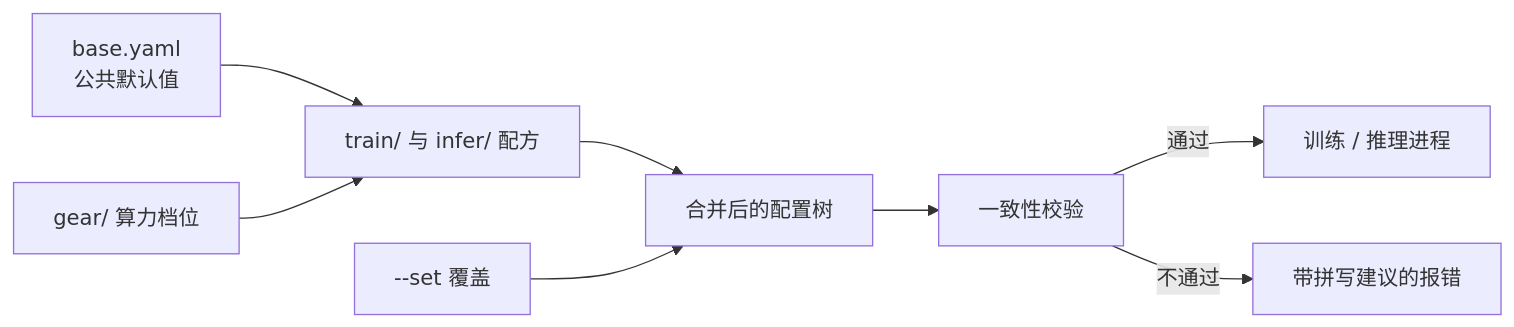
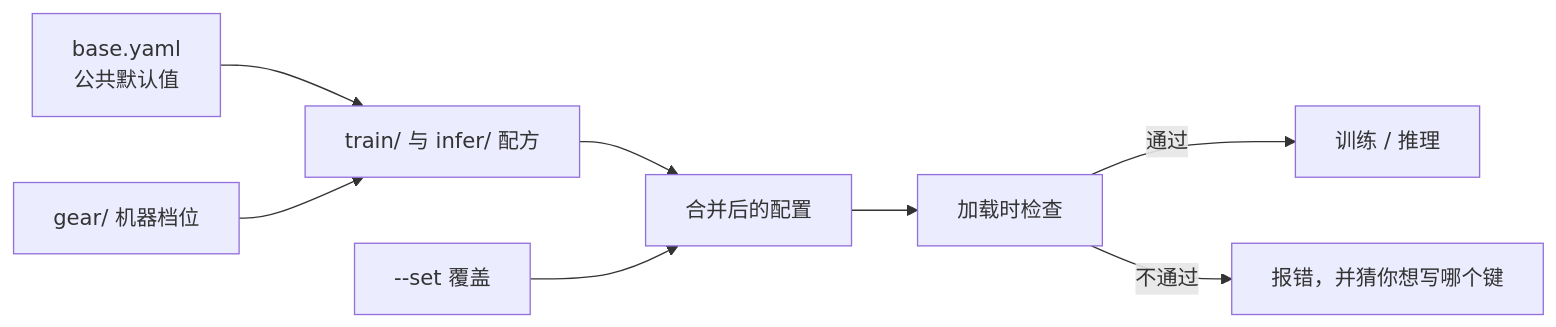
The second of 9 diagrams in src/content/posts/chest-smart-diagnosis.md (cixiy1/Yuki-blog), drawn with Mermaid before and after one commit. The commit also changed other lines of this file, not shown here.

````diff
--- a/src/content/posts/chest-smart-diagnosis.md
+++ b/src/content/posts/chest-smart-diagnosis.md
@@ -108,10 +108,10 @@
 ```mermaid
 flowchart LR
   BASE["base.yaml<br/>公共默认值"] --> RECIPE["train/ 与 infer/ 配方"]
-  GEAR["gear/ 算力档位"] --> RECIPE
-  RECIPE --> MERGED["合并后的配置树"]
+  GEAR["gear/ 机器档位"] --> RECIPE
+  RECIPE --> MERGED["合并后的配置"]
   SET["--set 覆盖"] --> MERGED
-  MERGED --> CHECK["一致性校验"]
-  CHECK -->|"通过"| RUN["训练 / 推理进程"]
-  CHECK -->|"不通过"| ERR["带拼写建议的报错"]
+  MERGED --> CHECK["加载时检查"]
+  CHECK -->|"通过"| RUN["训练 / 推理"]
+  CHECK -->|"不通过"| ERR["报错，并猜你想写哪个键"]
 ```
````
